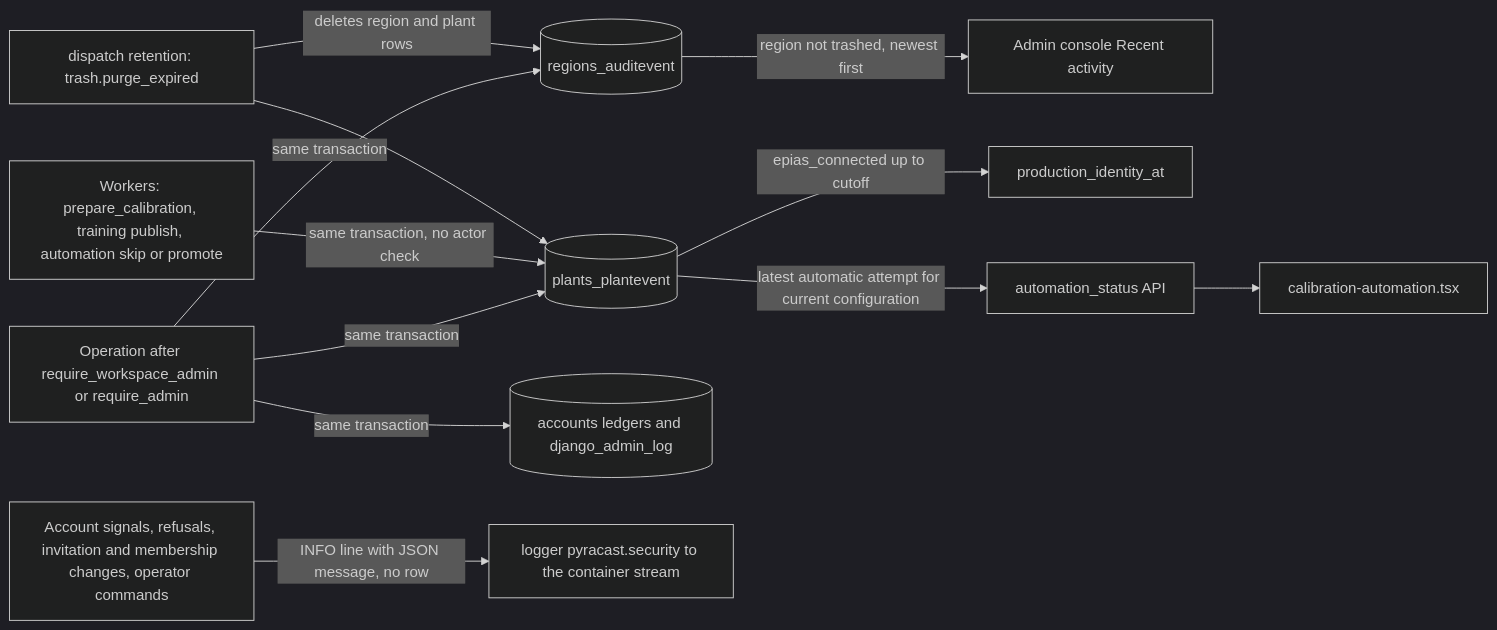
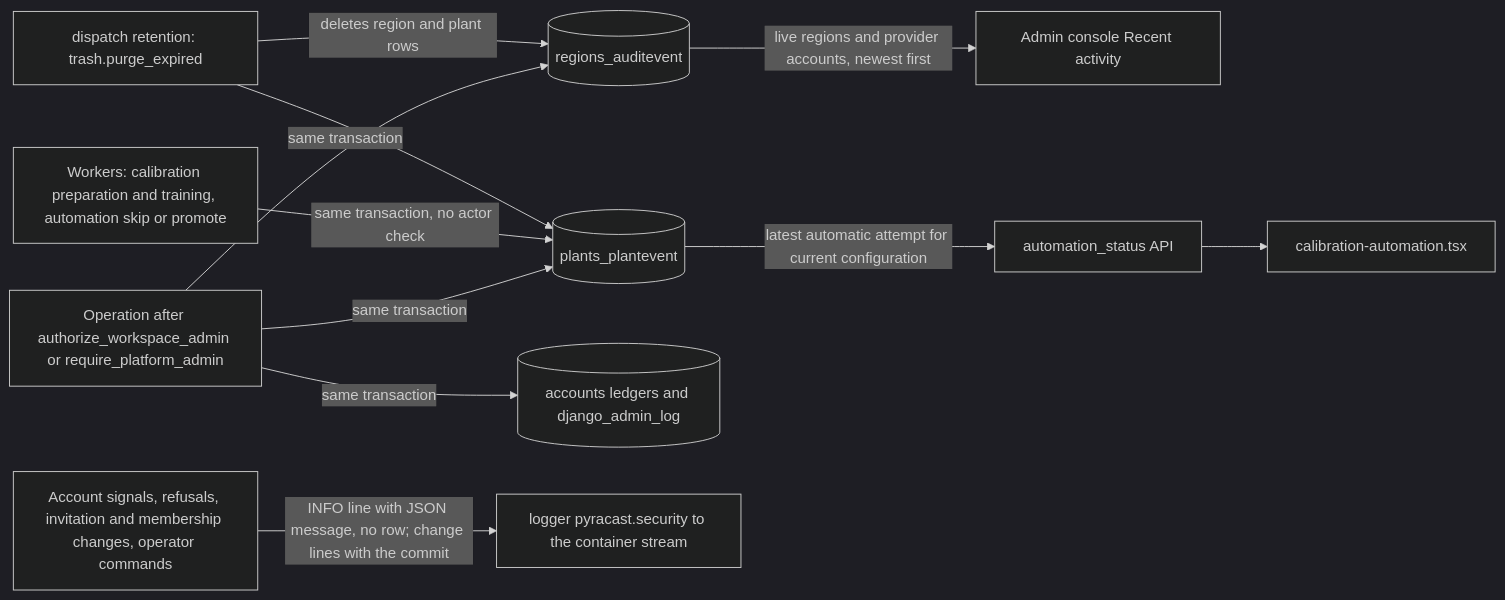
Before and after one commit to erkurtharun/pyracast: the diagram in docs/flows/audit-trail.md, drawn with Mermaid (dark theme). The commit also changed other lines of this file and 11 other files, not shown here.

First line of the commit message:
Bring the cross-cutting flow pages in line with the code

````diff
--- a/docs/flows/audit-trail.md
+++ b/docs/flows/audit-trail.md
@@ -17,14 +17,13 @@
 ```mermaid
 flowchart LR
-    OP["Operation after require_workspace_admin or require_admin"] -->|"same transaction"| AE[("regions_auditevent")]
+    OP["Operation after authorize_workspace_admin or require_platform_admin"] -->|"same transaction"| AE[("regions_auditevent")]
     OP -->|"same transaction"| PE[("plants_plantevent")]
     OP -->|"same transaction"| LG[("accounts ledgers and django_admin_log")]
-    WK["Workers: prepare_calibration, training publish, automation skip or promote"] -->|"same transaction, no actor check"| PE
-    SIG["Account signals, refusals, invitation and membership changes, operator commands"] -->|"INFO line with JSON message, no row"| LOG["logger pyracast.security to the container stream"]
-    AE -->|"region not trashed, newest first"| CON["Admin console Recent activity"]
-    PE -->|"epias_connected up to cutoff"| ID["production_identity_at"]
+    WK["Workers: calibration preparation and training, automation skip or promote"] -->|"same transaction, no actor check"| PE
+    SIG["Account signals, refusals, invitation and membership changes, operator commands"] -->|"INFO line with JSON message, no row; change lines with the commit"| LOG["logger pyracast.security to the container stream"]
+    AE -->|"live regions and provider accounts, newest first"| CON["Admin console Recent activity"]
     PE -->|"latest automatic attempt for current configuration"| AS["automation_status API"]
     AS --> WEB["calibration-automation.tsx"]
     PUR["dispatch retention: trash.purge_expired"] -->|"deletes region and plant rows"| AE
     PUR --> PE
 ```
````
